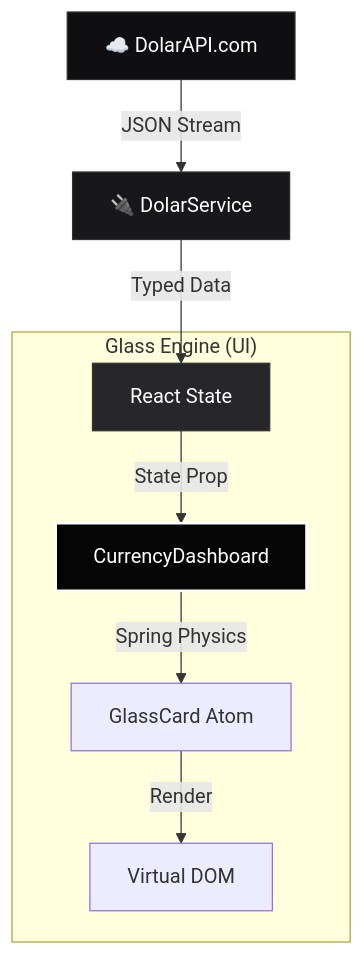
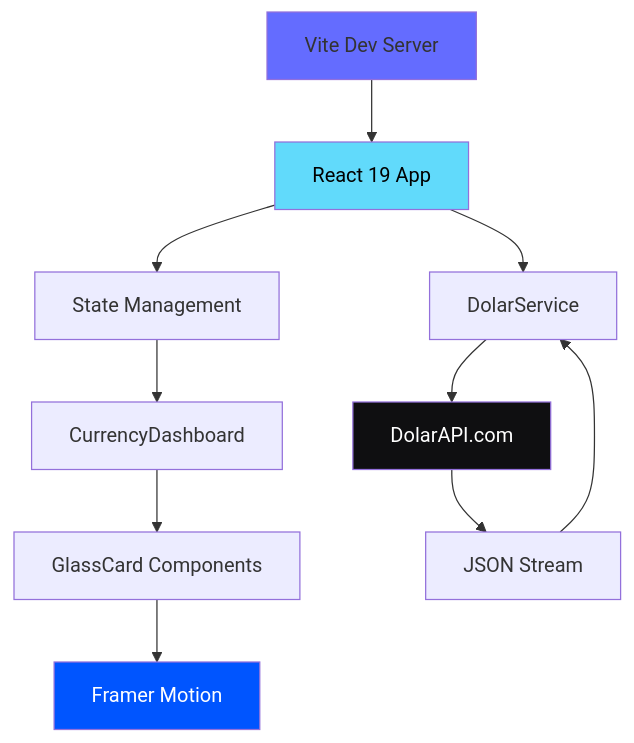
One commit to LuisSambrano/venezuela-dolar-api changed the diagram in README.md. Above: the diagram before and after it, drawn with Mermaid. The commit also changed other lines of this file and 1 other file, not shown here.

````diff
--- a/README.md
+++ b/README.md
@@ -38,16 +17,20 @@
 ```mermaid
 graph TD
-    API[☁️ DolarAPI.com] -->|JSON Stream| Service[🔌 DolarService]
-    Service -->|Typed Data| Store[React State]
+    A[Vite Dev Server] --> B[React 19 App]
+    B --> C[DolarService]
+    C --> D[DolarAPI.com]
 
-    subgraph "Glass Engine (UI)"
-        Store -->|State Prop| Dashboard[CurrencyDashboard]
-        Dashboard -->|Spring Physics| Atom[GlassCard Atom]
-        Atom -->|Render| DOM[Virtual DOM]
-    end
+    B --> E[State Management]
+    E --> F[CurrencyDashboard]
 
-    style API fill:#0F0F11,stroke:#333,color:#fff
-    style Service fill:#18181B,stroke:#333,color:#fff
-    style Store fill:#27272A,stroke:#333,color:#fff
-    style Dashboard fill:#050505,stroke:#fff,stroke-width:2px,color:#fff
+    F --> G[GlassCard Components]
+    G --> H[Framer Motion]
+
+    D --> I[JSON Stream]
+    I --> C
+
+    style A fill:#646cff
+    style B fill:#61DAFB,color:#000
+    style D fill:#0F0F11,color:#fff
+    style H fill:#0055FF,color:#fff
 ```
````
